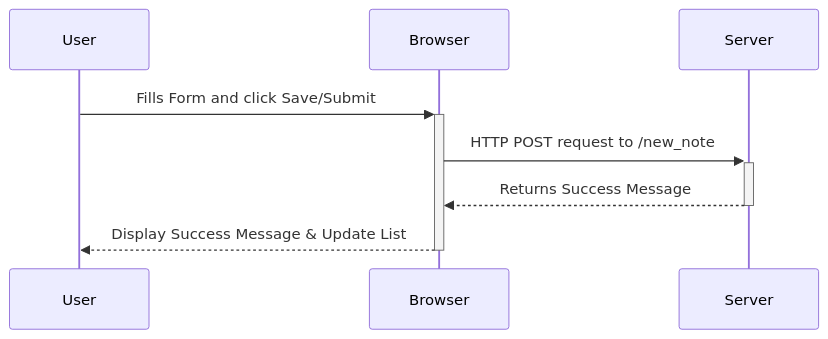
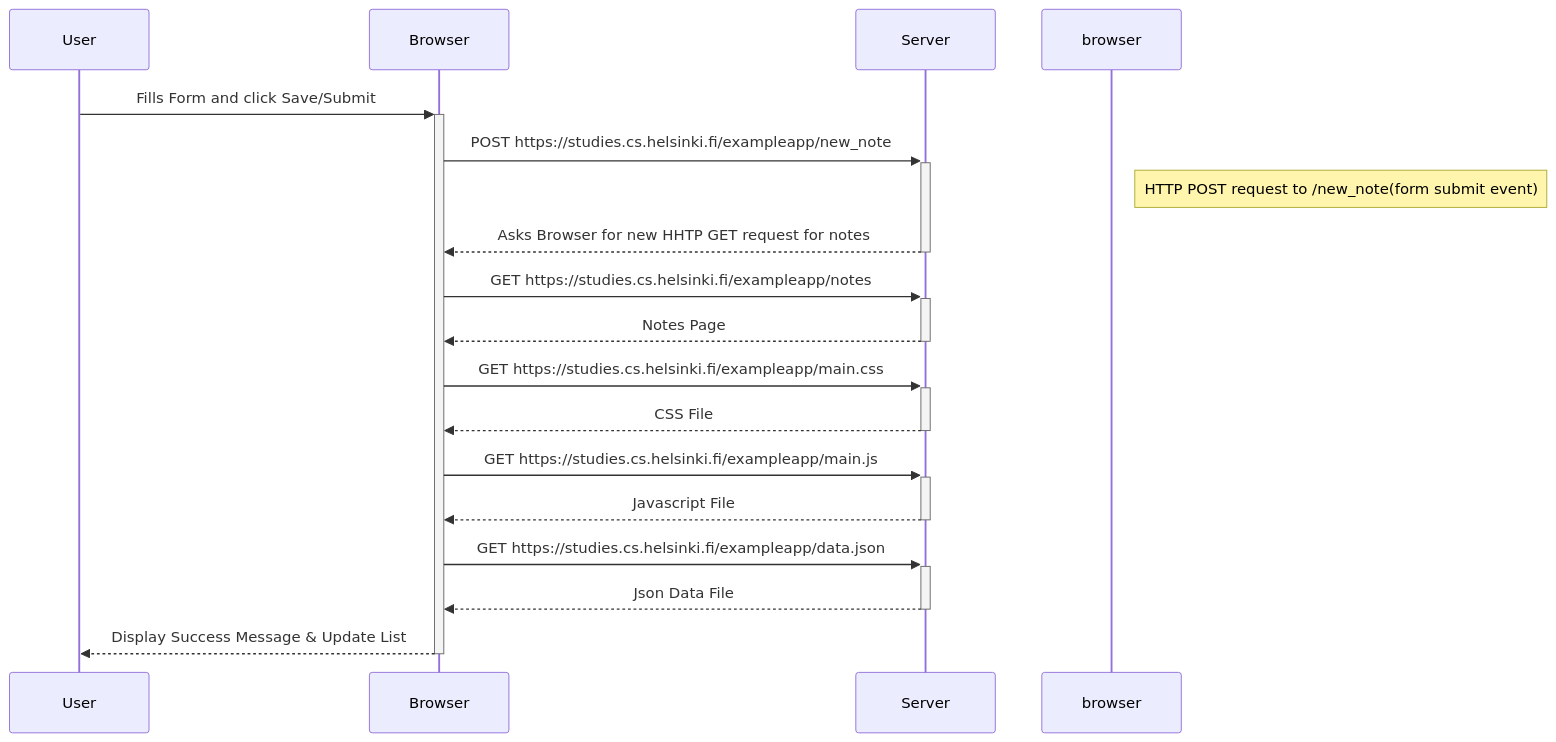
One commit to mruduljohn/fullstackopen changed the diagram in part0/0.4.md. Above: the diagram before and after it, drawn with Mermaid. The commit also changed 1 other file, not shown here.

````diff
--- a/part0/0.4.md
+++ b/part0/0.4.md
@@ -3,11 +3,20 @@
 ```mermaid
 sequenceDiagram
     participant User
     participant Browser
     participant Server
     User->>+Browser: Fills Form and click Save/Submit
-    Browser->>+Server: HTTP POST request to /new_note
-    Server-->>-Browser: Returns Success Message
+    Browser->>+Server: POST https://studies.cs.helsinki.fi/exampleapp/new_note
+    Note right of browser: HTTP POST request to /new_note(form submit event)
+    Server-->>-Browser: Asks Browser for new HHTP GET request for notes
+    Browser->>+Server: GET https://studies.cs.helsinki.fi/exampleapp/notes
+    Server-->>-Browser: Notes Page
+    Browser->>+Server: GET https://studies.cs.helsinki.fi/exampleapp/main.css
+    Server-->>-Browser: CSS File
+    Browser->>+Server: GET https://studies.cs.helsinki.fi/exampleapp/main.js
+    Server-->>-Browser: Javascript File
+    Browser->>+Server: GET https://studies.cs.helsinki.fi/exampleapp/data.json
+    Server-->>-Browser: Json Data File
     Browser-->>-User: Display Success Message & Update List
 
 ```
````
